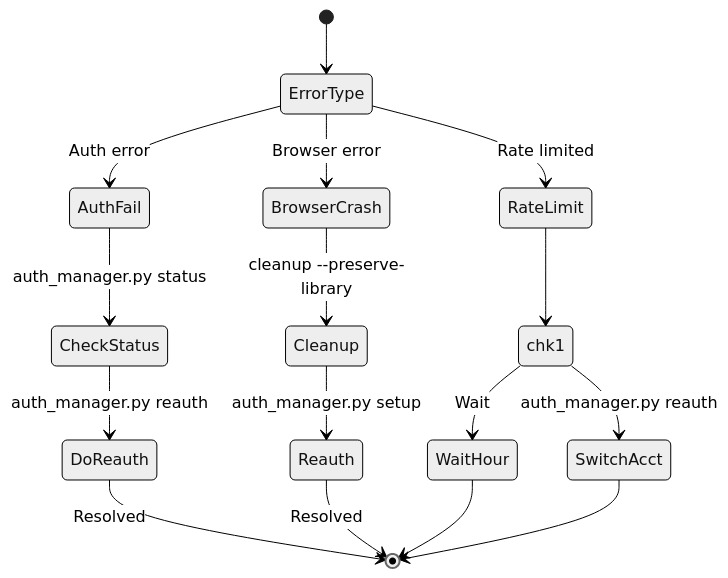
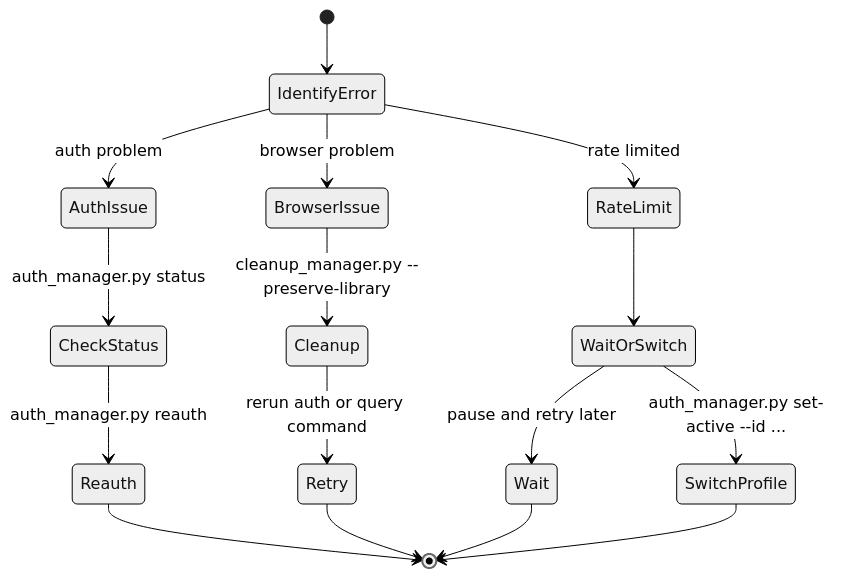
One commit to khengyun/notebooklm-experts-skill changed the sixth of 11 diagrams in references/usage_patterns.md. Above: the diagram before and after it, drawn with Mermaid (neutral theme). The commit also changed other lines of this file and 23 other files, not shown here.

````diff
--- a/references/usage_patterns.md
+++ b/references/usage_patterns.md
@@ -137,24 +116,24 @@
 ```mermaid
 stateDiagram-v2
-    [*] --> ErrorType
+    [*] --> IdentifyError
 
-    state ErrorType <<choice>>
-    ErrorType --> AuthFail: Auth error
-    ErrorType --> BrowserCrash: Browser error
-    ErrorType --> RateLimit: Rate limited
+    state IdentifyError <<choice>>
+    IdentifyError --> AuthIssue: auth problem
+    IdentifyError --> BrowserIssue: browser problem
+    IdentifyError --> RateLimit: rate limited
 
-    AuthFail --> CheckStatus: auth_manager.py status
-    CheckStatus --> DoReauth: auth_manager.py reauth
-    DoReauth --> [*]: Resolved
+    AuthIssue --> CheckStatus: auth_manager.py status
+    CheckStatus --> Reauth: auth_manager.py reauth
+    Reauth --> [*]
 
-    BrowserCrash --> Cleanup: cleanup --preserve-library
-    Cleanup --> Reauth: auth_manager.py setup
-    Reauth --> [*]: Resolved
+    BrowserIssue --> Cleanup: cleanup_manager.py --preserve-library
+    Cleanup --> Retry: rerun auth or query command
+    Retry --> [*]
 
-    RateLimit --> chk1
-    state chk1 <<choice>>
-    chk1 --> WaitHour: Wait
-    chk1 --> SwitchAcct: auth_manager.py reauth
-    WaitHour --> [*]
-    SwitchAcct --> [*]
+    RateLimit --> WaitOrSwitch
+    state WaitOrSwitch <<choice>>
+    WaitOrSwitch --> Wait: pause and retry later
+    WaitOrSwitch --> SwitchProfile: auth_manager.py set-active --id ...
+    Wait --> [*]
+    SwitchProfile --> [*]
 ```
````
